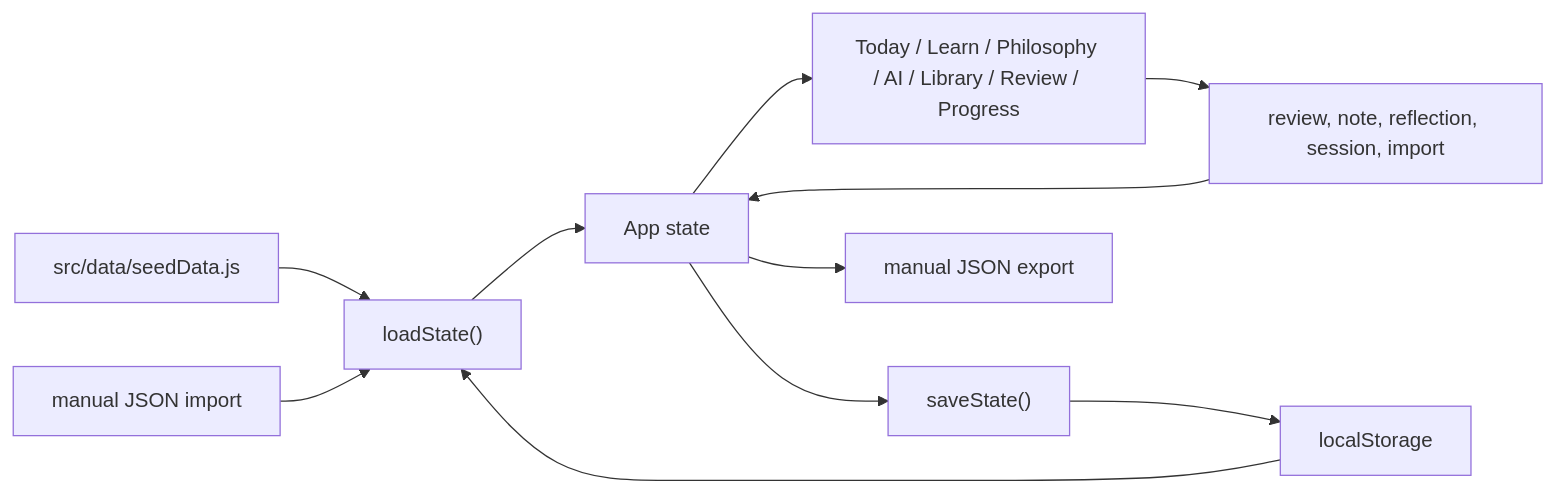
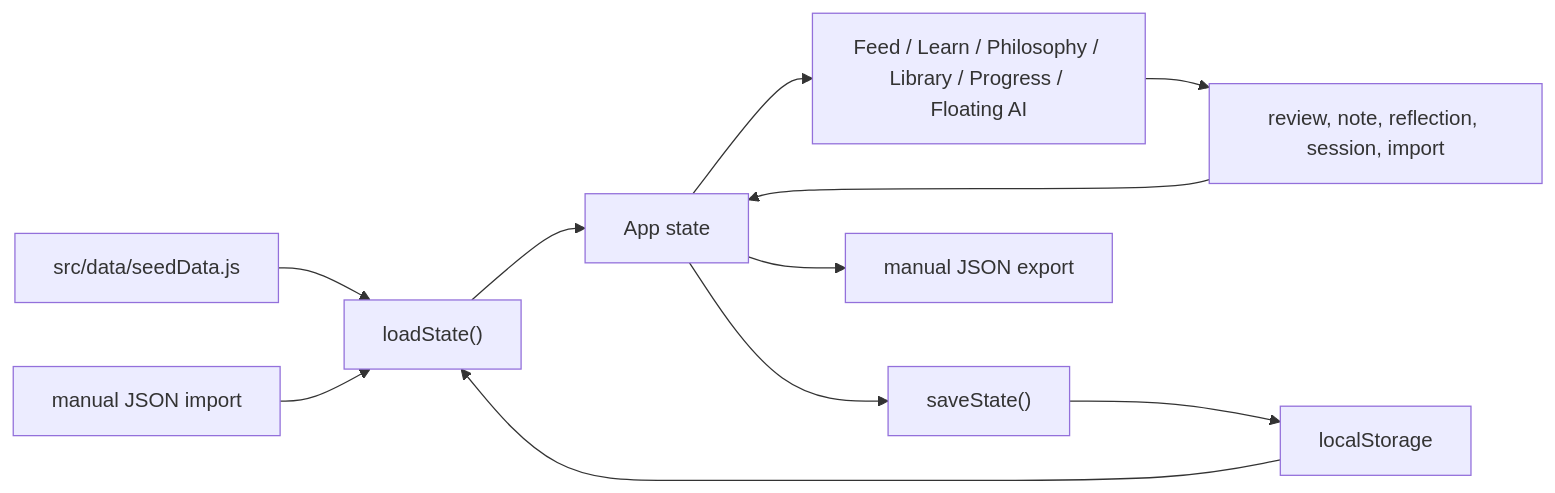
Before and after one commit to Tuckerb62/leaderman: the first of 2 diagrams in project-docs/ARCHITECTURE.md, drawn with Mermaid. The commit also changed other lines of this file and 26 other files, not shown here.

````diff
--- a/project-docs/ARCHITECTURE.md
+++ b/project-docs/ARCHITECTURE.md
@@ -113,13 +113,13 @@
 ```mermaid
 flowchart LR
   Seed["src/data/seedData.js"] --> Load["loadState()"]
   Browser["localStorage"] --> Load
   Load --> React["App state"]
-  React --> Views["Today / Learn / Philosophy / AI / Library / Review / Progress"]
+  React --> Views["Feed / Learn / Philosophy / Library / Progress / Floating AI"]
   Views --> Actions["review, note, reflection, session, import"]
   Actions --> React
   React --> Save["saveState()"]
   Save --> Browser
   React --> Export["manual JSON export"]
   Import["manual JSON import"] --> Load
 ```
````
